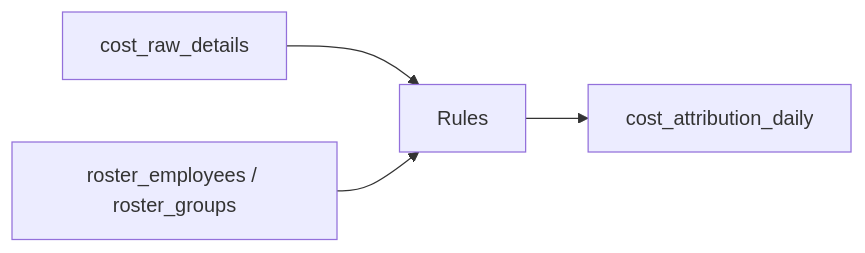
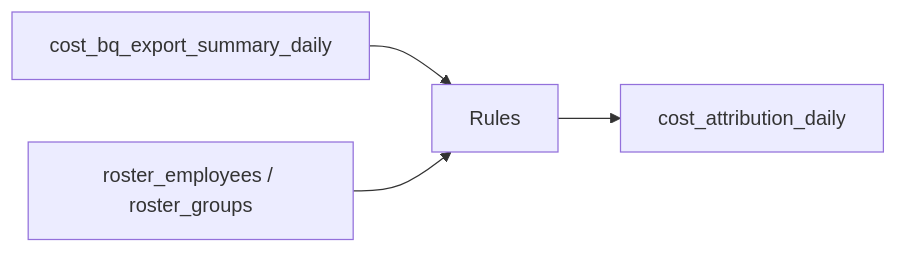
Before and after one commit to PingCAP-QE/ee-apps: the third of 4 diagrams in cost-insight/docs/system-design.md, drawn with Mermaid. The commit also changed other lines of this file and 23 other files, not shown here.

First line of the commit message:
refactor(cost-insight): retire legacy raw cost pipeline (#612)

````diff
--- a/cost-insight/docs/system-design.md
+++ b/cost-insight/docs/system-design.md
@@ -521,6 +370,6 @@
 ```mermaid
 flowchart LR
-  RawDetails["cost_raw_details"] --> Rules
+  Summary["cost_bq_export_summary_daily"] --> Rules
   Roster["roster_employees / roster_groups"] --> Rules
   Rules --> Daily["cost_attribution_daily"]
 ```
````
